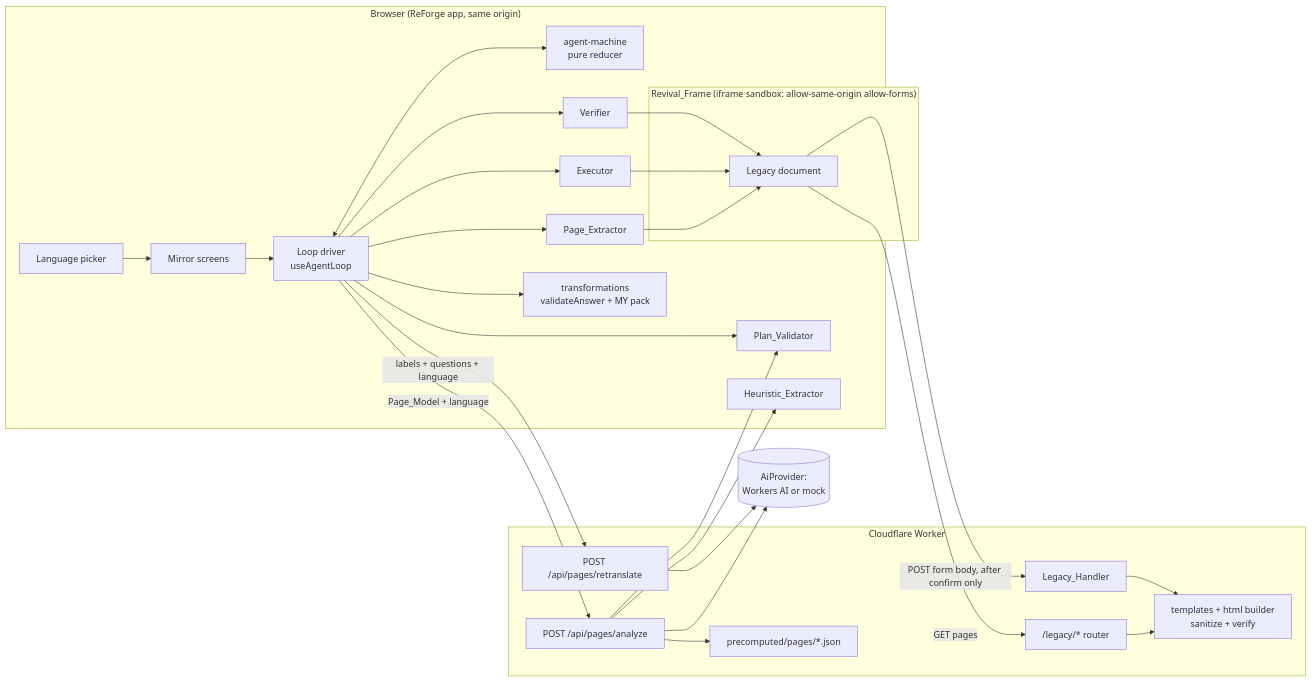
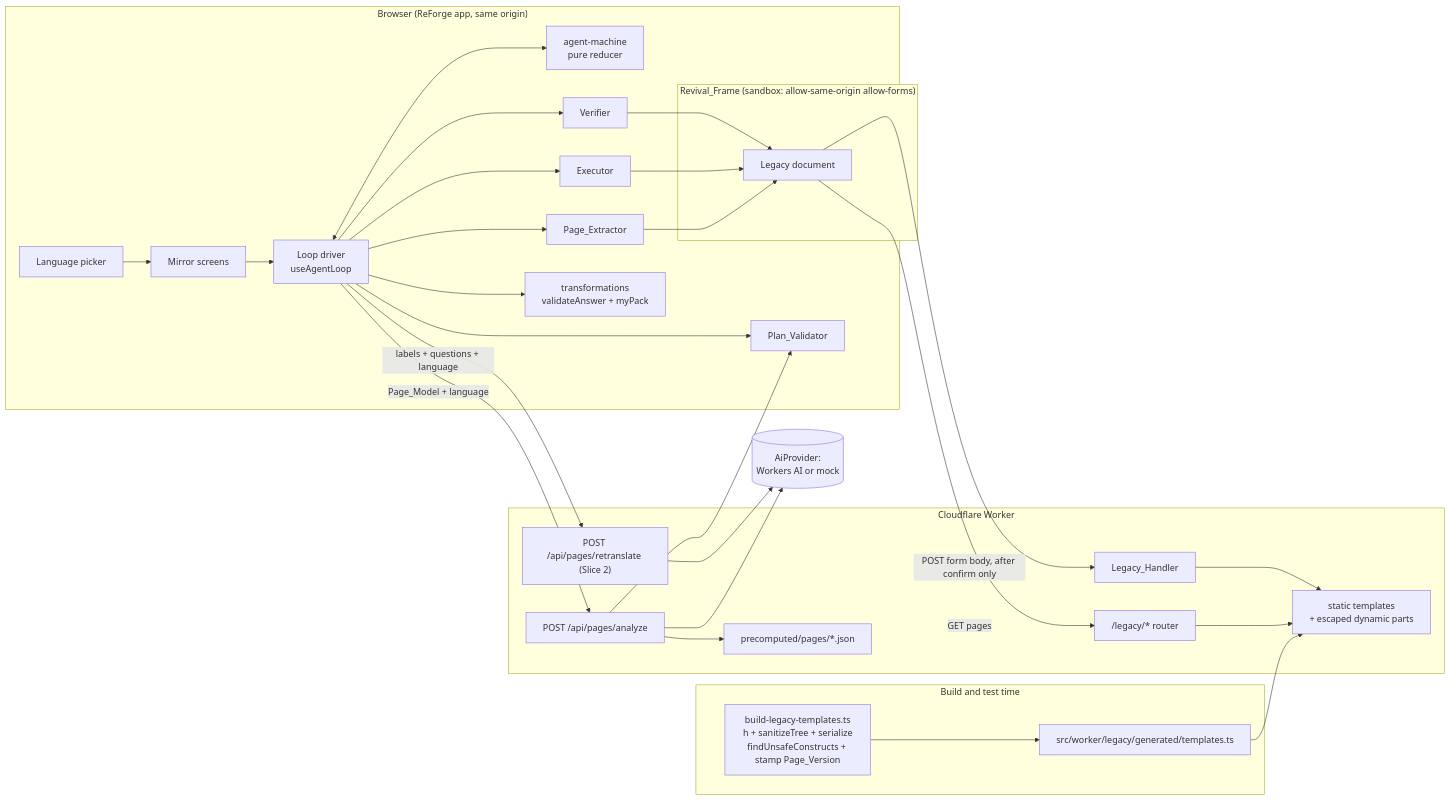
One commit to cheah20/ReForge-AI changed the first of 2 diagrams in .kiro/specs/accessforge-skeleton/design.md. Above: the diagram before and after it, drawn with Mermaid. The commit also changed other lines of this file and 3 other files, not shown here.

````diff
--- a/.kiro/specs/accessforge-skeleton/design.md
+++ b/.kiro/specs/accessforge-skeleton/design.md
@@ -35,44 +57,48 @@
 ```mermaid
 flowchart LR
+  subgraph Build["Build and test time"]
+    GEN[build-legacy-templates.ts<br/>h + sanitizeTree + serialize<br/>findUnsafeConstructs + stamp Page_Version]
+    OUT[src/worker/legacy/generated/templates.ts]
+    GEN --> OUT
+  end
   subgraph Browser["Browser (ReForge app, same origin)"]
     LP[Language picker]
     M[Mirror screens]
     D[Loop driver<br/>useAgentLoop]
     SM[agent-machine<br/>pure reducer]
     PE[Page_Extractor]
     PV[Plan_Validator]
-    HE[Heuristic_Extractor]
     EX[Executor]
     VE[Verifier]
-    TR[transformations<br/>validateAnswer + MY pack]
-    subgraph RF["Revival_Frame (iframe sandbox: allow-same-origin allow-forms)"]
+    TR[transformations<br/>validateAnswer + myPack]
+    subgraph RF["Revival_Frame (sandbox: allow-same-origin allow-forms)"]
       LD[Legacy document]
     end
   end
   subgraph Worker["Cloudflare Worker"]
     LR["/legacy/* router"]
-    LT[templates + html builder<br/>sanitize + verify]
+    LT[static templates<br/>+ escaped dynamic parts]
     LH[Legacy_Handler]
     PA["POST /api/pages/analyze"]
-    PR["POST /api/pages/retranslate"]
+    PR["POST /api/pages/retranslate (Slice 2)"]
     CACHE[precomputed/pages/*.json]
   end
   AI[(AiProvider:<br/>Workers AI or mock)]
 
+  OUT --> LT
   LP --> M --> D
   D <--> SM
   D --> PE --> LD
   D --> EX --> LD
   D --> VE --> LD
   D --> TR
   D -->|Page_Model + language| PA
   D -->|labels + questions + language| PR
   PA --> AI
   PR --> AI
   PA --> CACHE
-  PA --> HE
   PA --> PV
   D --> PV
   LD -->|GET pages| LR --> LT
   LD -->|POST form body, after confirm only| LH --> LT
 ```
````
